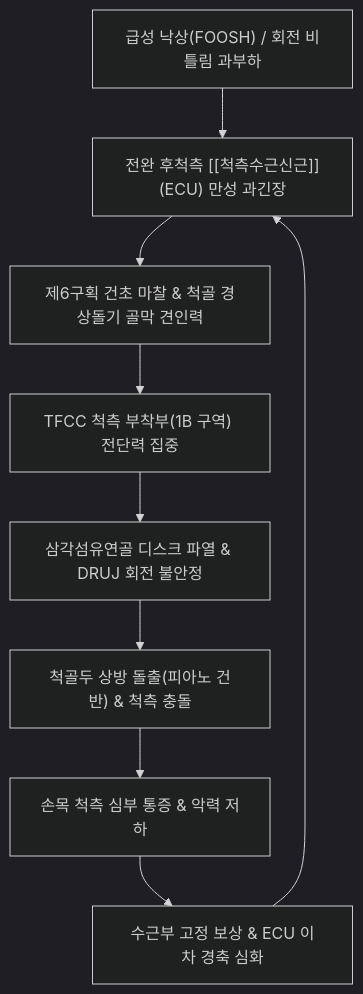
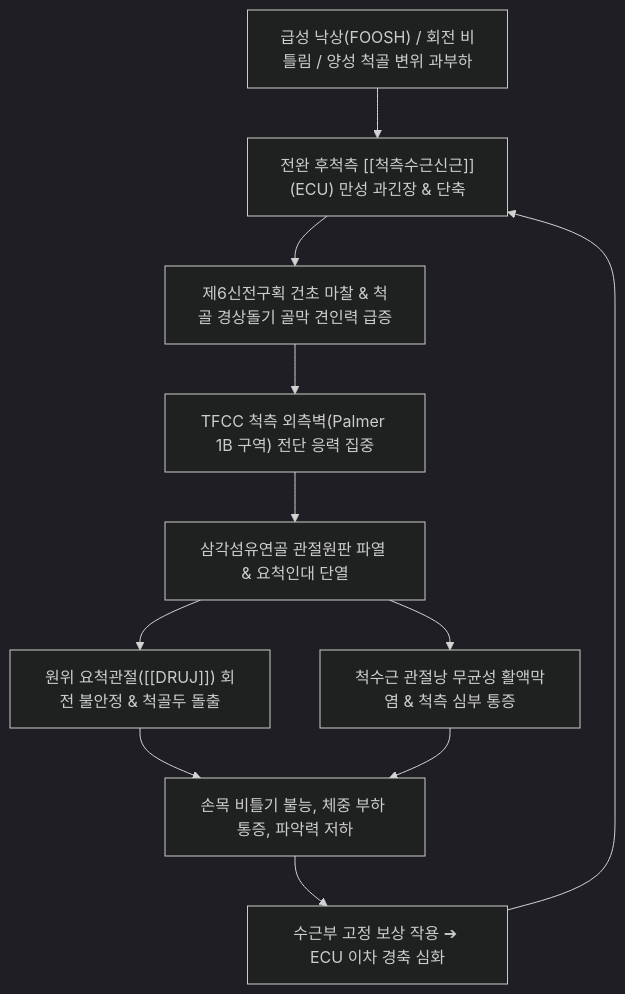
One commit to simbio11/simbio-digital-garden2 changed the diagram in content/3. 이론 공부/질환/근골격계 질환/상지/삼각섬유연골복합체 손상(TFCC 손상).md. Above: the diagram before and after it, drawn with Mermaid (dark theme). The commit also changed other lines of this file and 44 other files, not shown here.

````diff
--- a/content/3. 이론 공부/질환/근골격계 질환/상지/삼각섬유연골복합체 손상(TFCC 손상).md
+++ b/content/3. 이론 공부/질환/근골격계 질환/상지/삼각섬유연골복합체 손상(TFCC 손상).md
@@ -74,11 +183,13 @@
 ```mermaid
 graph TD
-    Trauma["급성 낙상(FOOSH) / 회전 비틀림 과부하"] --> ECUTight["전완 후척측 [[척측수근신근]](ECU) 만성 과긴장"]
-    ECUTight --> Traction["제6구획 건초 마찰 & 척골 경상돌기 골막 견인력"]
-    Traction --> Shear["TFCC 척측 부착부(1B 구역) 전단력 집중"]
-    Shear --> Tear["삼각섬유연골 디스크 파열 & DRUJ 회전 불안정"]
-    Tear --> Impaction["척골두 상방 돌출(피아노 건반) & 척측 충돌"]
-    Impaction --> ChronicPain["손목 척측 심부 통증 & 악력 저하"]
-    ChronicPain --> Comp["수근부 고정 보상 & ECU 이차 경축 심화"]
-    Comp --> ECUTight
+    TraumaFactor["급성 낙상(FOOSH) / 회전 비틀림 / 양성 척골 변위 과부하"] --> ECUSpasm["전완 후척측 [[척측수근신근]](ECU) 만성 과긴장 & 단축"]
+    ECUSpasm --> PeriostealTraction["제6신전구획 건초 마찰 & 척골 경상돌기 골막 견인력 급증"]
+    PeriostealTraction --> TFCCShear["TFCC 척측 외측벽(Palmer 1B 구역) 전단 응력 집중"]
+    TFCCShear --> TFCCTear["삼각섬유연골 관절원판 파열 & 요척인대 단열"]
+    TFCCTear --> DRUJInstability["원위 요척관절([[DRUJ]]) 회전 불안정 & 척골두 돌출"]
+    TFCCTear --> Synovitis["척수근 관절낭 무균성 활액막염 & 척측 심부 통증"]
+    DRUJInstability --> GripLoss["손목 비틀기 불능, 체중 부하 통증, 파악력 저하"]
+    Synovitis --> GripLoss
+    GripLoss --> CompSpasm["수근부 고정 보상 작용 ➔ ECU 이차 경축 심화"]
+    CompSpasm --> ECUSpasm
 ```
````
